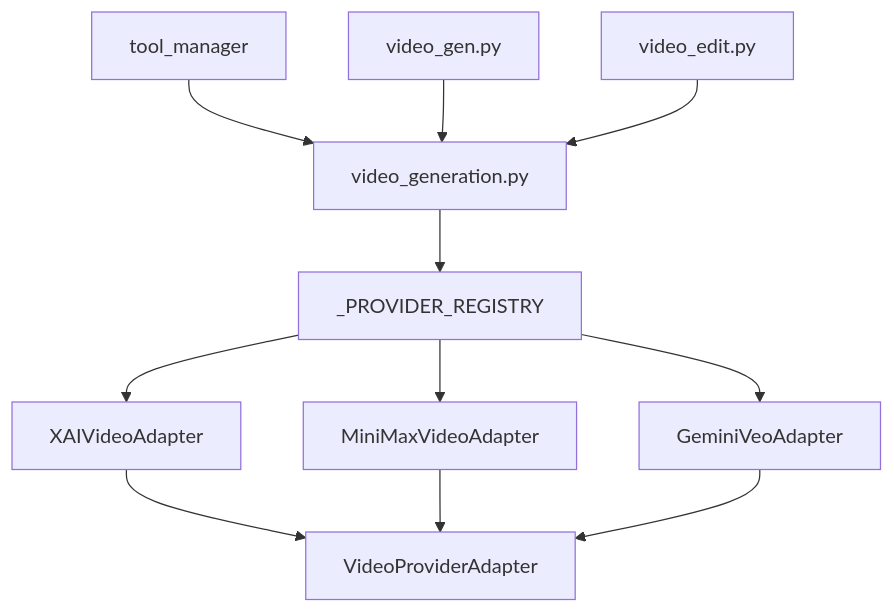
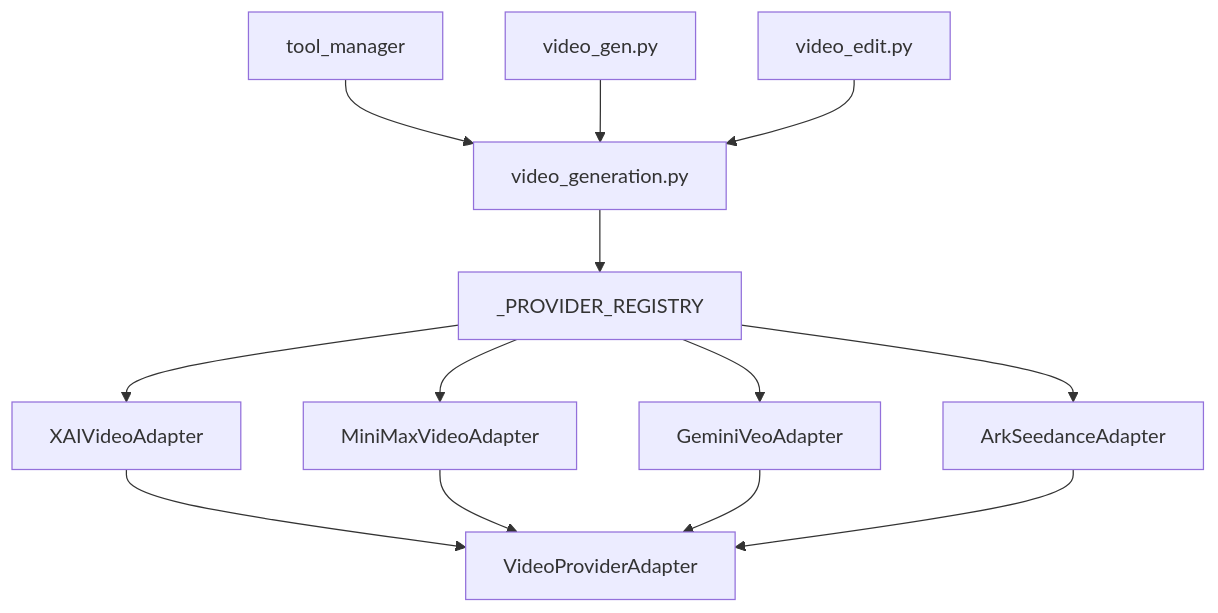
The tenth of 10 diagrams in .qoder/repowiki/zh/content/后端服务架构/业务服务层/媒体生成服务/视频提供商适配器.md (KunLabAI/KunFlix), drawn with Mermaid before and after one commit. The commit also changed other lines of this file and 10 other files, not shown here.

````diff
--- a/.qoder/repowiki/zh/content/后端服务架构/业务服务层/媒体生成服务/视频提供商适配器.md
+++ b/.qoder/repowiki/zh/content/后端服务架构/业务服务层/媒体生成服务/视频提供商适配器.md
@@ -402,13 +445,15 @@
 ```mermaid
 graph TB
 FACT["video_generation.py"] --> REG["_PROVIDER_REGISTRY"]
 REG --> X["XAIVideoAdapter"]
 REG --> M["MiniMaxVideoAdapter"]
 REG --> G["GeminiVeoAdapter"]
+REG --> A["ArkSeedanceAdapter"]
 X --> B["VideoProviderAdapter"]
 M --> B
 G --> B
+A --> B
 TM["tool_manager"] --> FACT
 VIDEOGEN["video_gen.py"] --> FACT
 VIDEOEDIT["video_edit.py"] --> FACT
 ```
````
